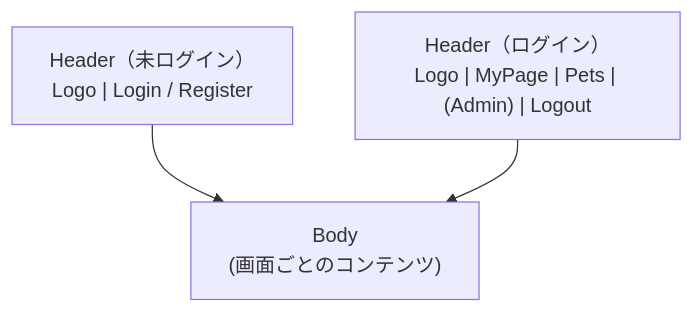
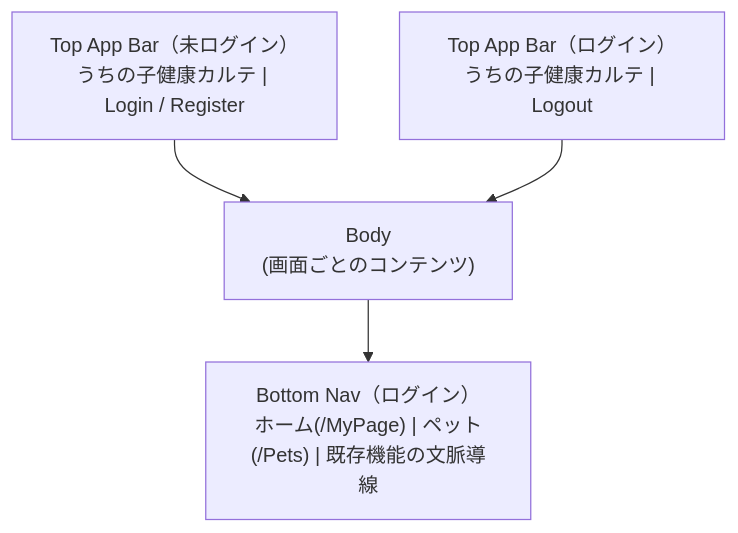
One commit to Cat5Dog2/PetHealthManagement changed the first of 23 diagrams in docs/ui-wireframe.md. Above: the diagram before and after it, drawn with Mermaid. The commit also changed other lines of this file and 9 other files, not shown here.

````diff
--- a/docs/ui-wireframe.md
+++ b/docs/ui-wireframe.md
@@ -4,9 +4,11 @@
 ```mermaid
 flowchart TB
-  HeaderAnon["Header（未ログイン）<br/>Logo | Login / Register"]
-  HeaderAuth["Header（ログイン）<br/>Logo | MyPage | Pets | (Admin) | Logout"]
+  HeaderAnon["Top App Bar（未ログイン）<br/>うちの子健康カルテ | Login / Register"]
+  HeaderAuth["Top App Bar（ログイン）<br/>うちの子健康カルテ | Logout"]
+  BottomNav["Bottom Nav（ログイン）<br/>ホーム(/MyPage) | ペット(/Pets) | 既存機能の文脈導線"]
   Body["Body<br/>(画面ごとのコンテンツ)"]
 
   HeaderAnon --> Body
   HeaderAuth --> Body
+  Body --> BottomNav
 ```
````
